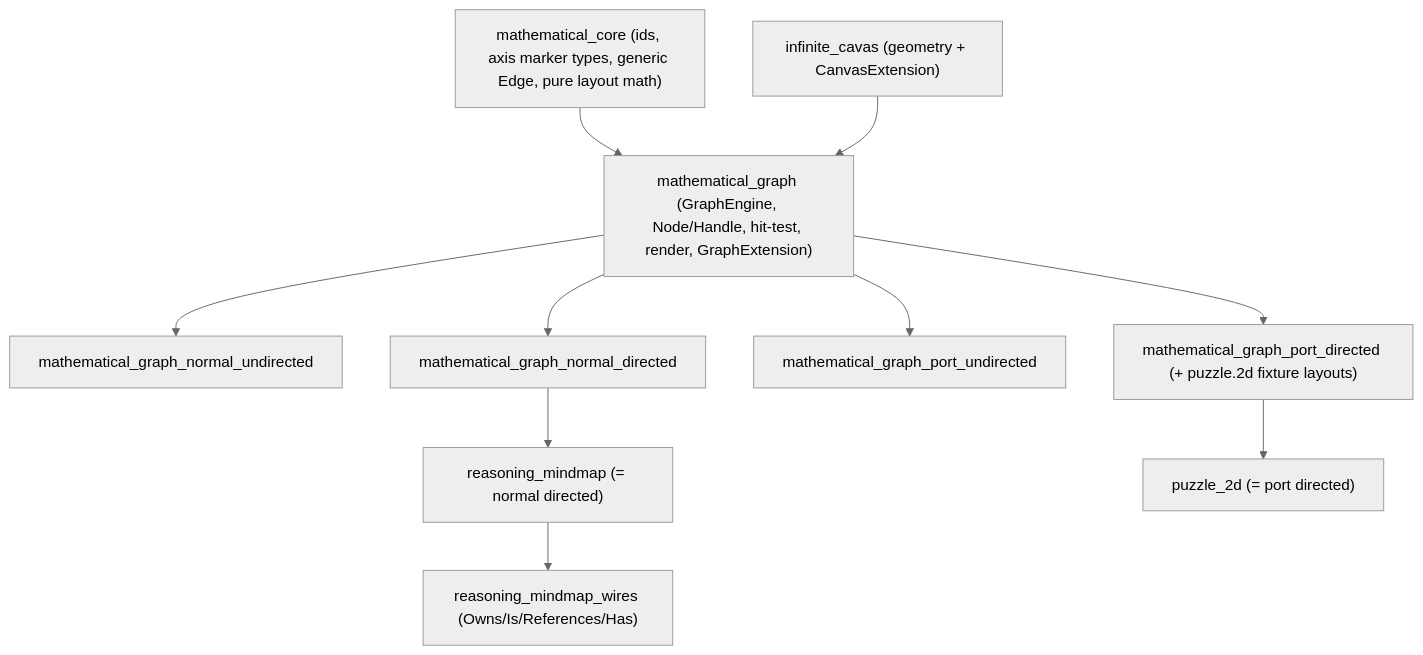
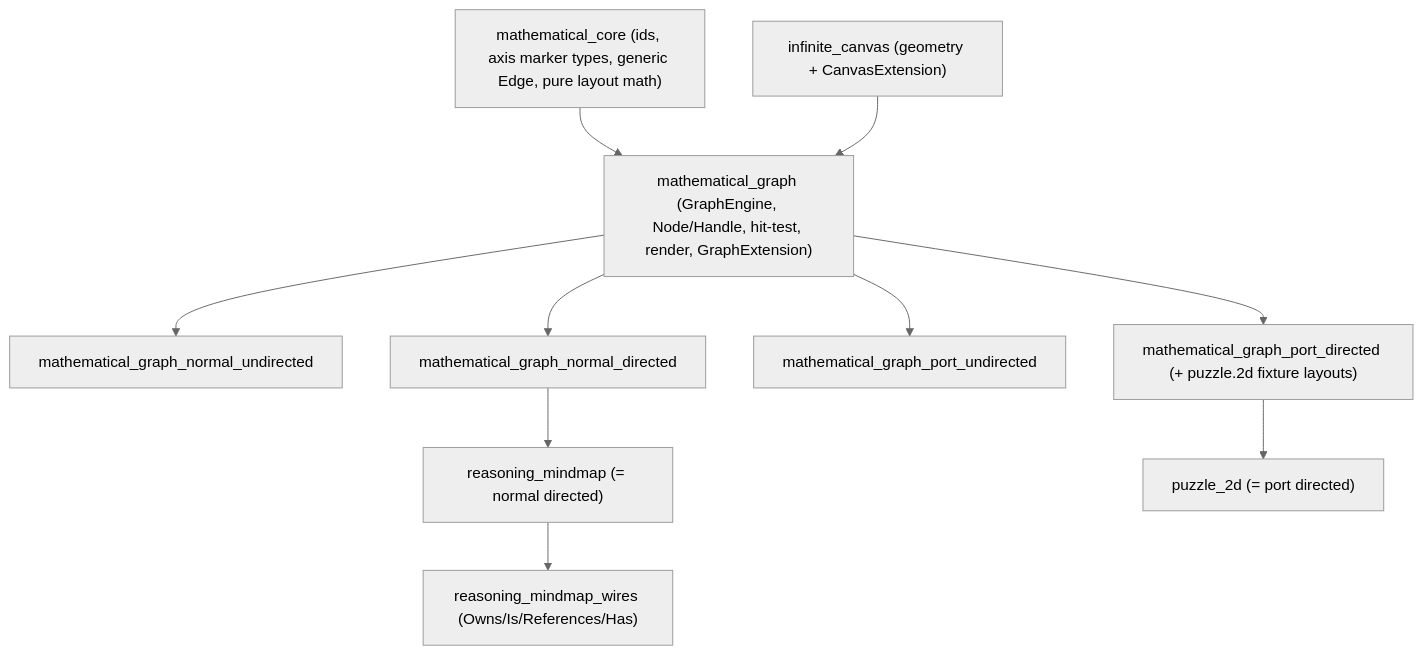
One commit to usalu/semio changed the diagram in .🦑️repo/🎫️tickets/🎆️26/🌙️06/☀️03/GENERALIZE-GRAPHS/generalize_graphs_f3d88424.plan.md. Above: the diagram before and after it, drawn with Mermaid (neutral theme). The commit also changed other lines of this file and 578 other files, not shown here.

````diff
--- a/.🦑️repo/🎫️tickets/🎆️26/🌙️06/☀️03/GENERALIZE-GRAPHS/generalize_graphs_f3d88424.plan.md
+++ b/.🦑️repo/🎫️tickets/🎆️26/🌙️06/☀️03/GENERALIZE-GRAPHS/generalize_graphs_f3d88424.plan.md
@@ -41,22 +41,22 @@
 ```mermaid
 flowchart TD
-  cavas["infinite_cavas (geometry + CanvasExtension)"]
+  canvas["infinite_canvas (geometry + CanvasExtension)"]
   core["mathematical_core (ids, axis marker types, generic Edge, pure layout math)"]
   base["mathematical_graph (GraphEngine<P,D>, Node/Handle, hit-test, render, GraphExtension)"]
   nu["mathematical_graph_normal_undirected"]
   nd["mathematical_graph_normal_directed"]
   pu["mathematical_graph_port_undirected"]
   pd["mathematical_graph_port_directed (+ puzzle.2d fixture layouts)"]
   mm["reasoning_mindmap (= normal directed)"]
   wires["reasoning_mindmap_wires (Owns/Is/References/Has)"]
   puzzle["puzzle_2d (= port directed)"]
   core --> base
-  cavas --> base
+  canvas --> base
   base --> nu
   base --> nd
   base --> pu
   base --> pd
   nd --> mm
   mm --> wires
   pd --> puzzle
 ```
````
